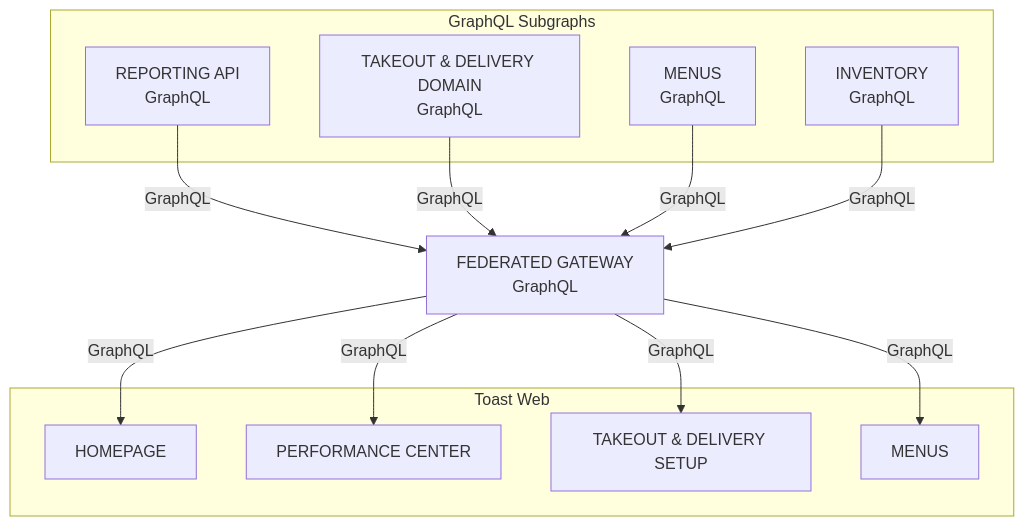
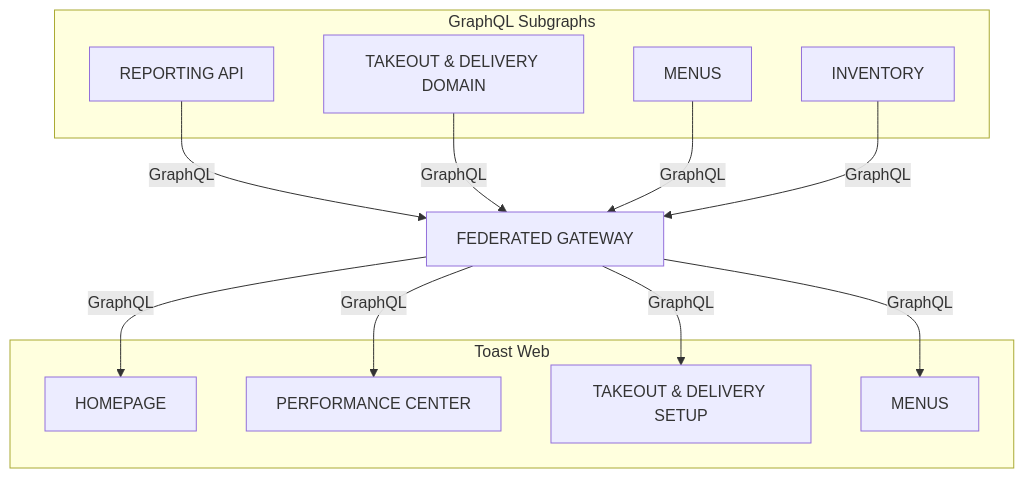
One commit to graphql-hive/console changed the second of 2 diagrams in packages/web/docs/src/app/case-studies/(posts)/toast/page.mdx. Above: the diagram before and after it, drawn with Mermaid. The commit also changed other lines of this file, not shown here.

Commit message:
Simplify the flowcharts

````diff
--- a/packages/web/docs/src/app/case-studies/(posts)/toast/page.mdx
+++ b/packages/web/docs/src/app/case-studies/(posts)/toast/page.mdx
@@ -332,28 +332,28 @@
 ```mermaid
 flowchart TB
   subgraph Subgraphs["GraphQL Subgraphs"]
-    reporting["REPORTING API\nGraphQL"]
-    takeout_domain["TAKEOUT & DELIVERY DOMAIN\nGraphQL"]
-    menus_service["MENUS\nGraphQL"]
-    inventory["INVENTORY\nGraphQL"]
+    reporting["REPORTING API"]
+    takeout_domain["TAKEOUT & DELIVERY DOMAIN"]
+    menus_service["MENUS"]
+    inventory["INVENTORY"]
   end
 
-  gateway["FEDERATED GATEWAY\nGraphQL"]
+  gateway["FEDERATED GATEWAY"]
 
   subgraph ToastWeb["Toast Web"]
     homepage["HOMEPAGE"]
     performance_center["PERFORMANCE CENTER"]
     takeout_setup["TAKEOUT & DELIVERY SETUP"]
     menus_app["MENUS"]
   end
 
   reporting -- "GraphQL" --> gateway
   takeout_domain -- "GraphQL" --> gateway
   menus_service -- "GraphQL" --> gateway
   inventory -- "GraphQL" --> gateway
 
   gateway -- "GraphQL" --> homepage
   gateway -- "GraphQL" --> performance_center
   gateway -- "GraphQL" --> takeout_setup
   gateway -- "GraphQL" --> menus_app
 ```
````
